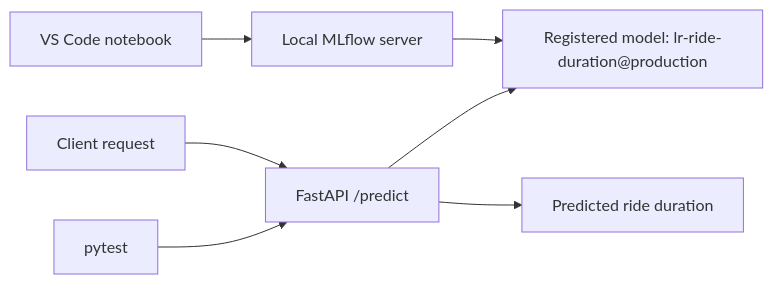
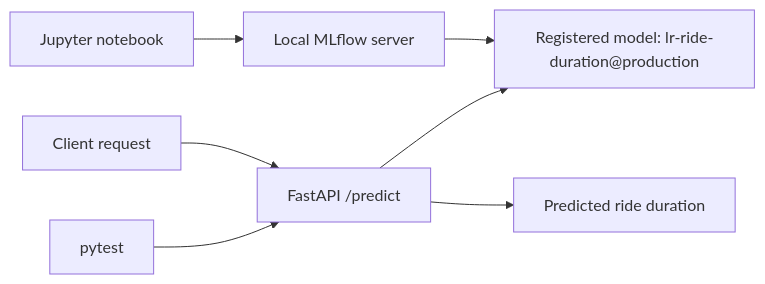
One commit to bootcampyoussef/mle-api-ml-deployment changed the diagram in README.md. Above: the diagram before and after it, drawn with Mermaid. The commit also changed other lines of this file and 4 other files, not shown here.

````diff
--- a/README.md
+++ b/README.md
@@ -29,9 +29,9 @@
 ```mermaid
 flowchart LR
-    A["VS Code notebook"] --> B["Local MLflow server"]
+    A["Jupyter notebook"] --> B["Local MLflow server"]
     B --> C["Registered model: lr-ride-duration@production"]
     D["FastAPI /predict"] --> C
     E["Client request"] --> D
     D --> F["Predicted ride duration"]
     G["pytest"] --> D
 ```
````
